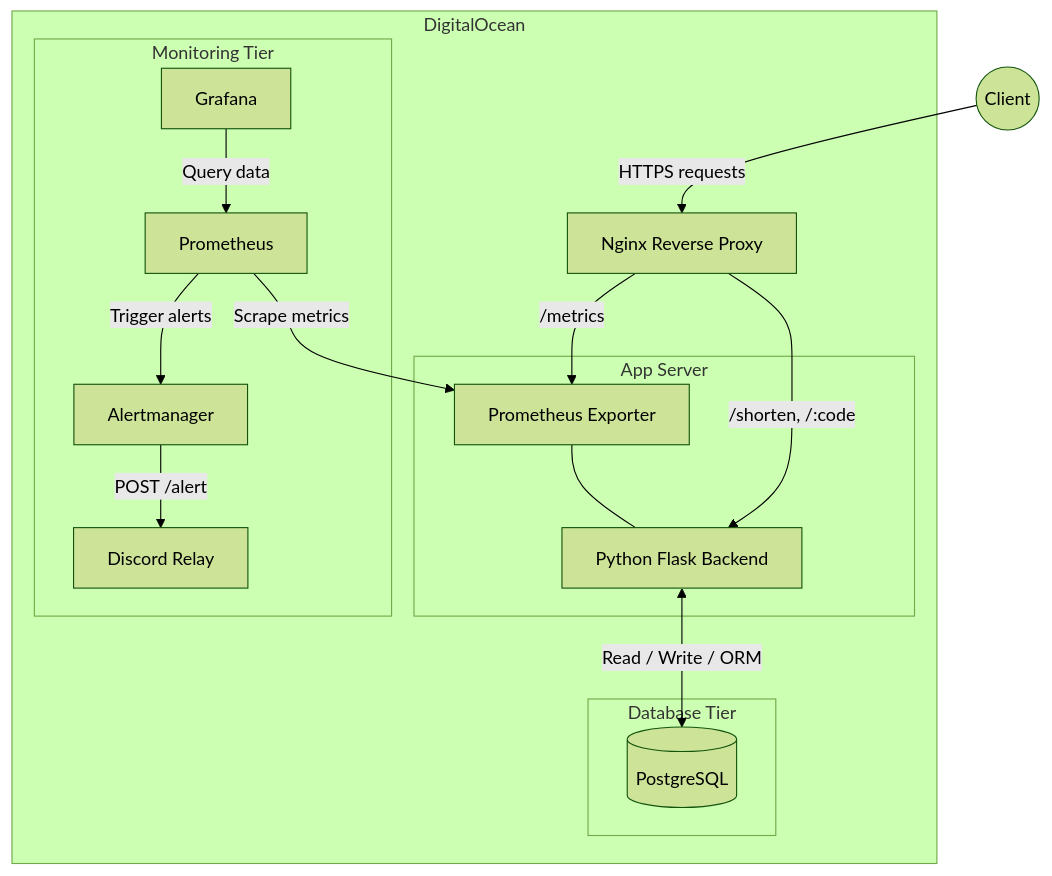
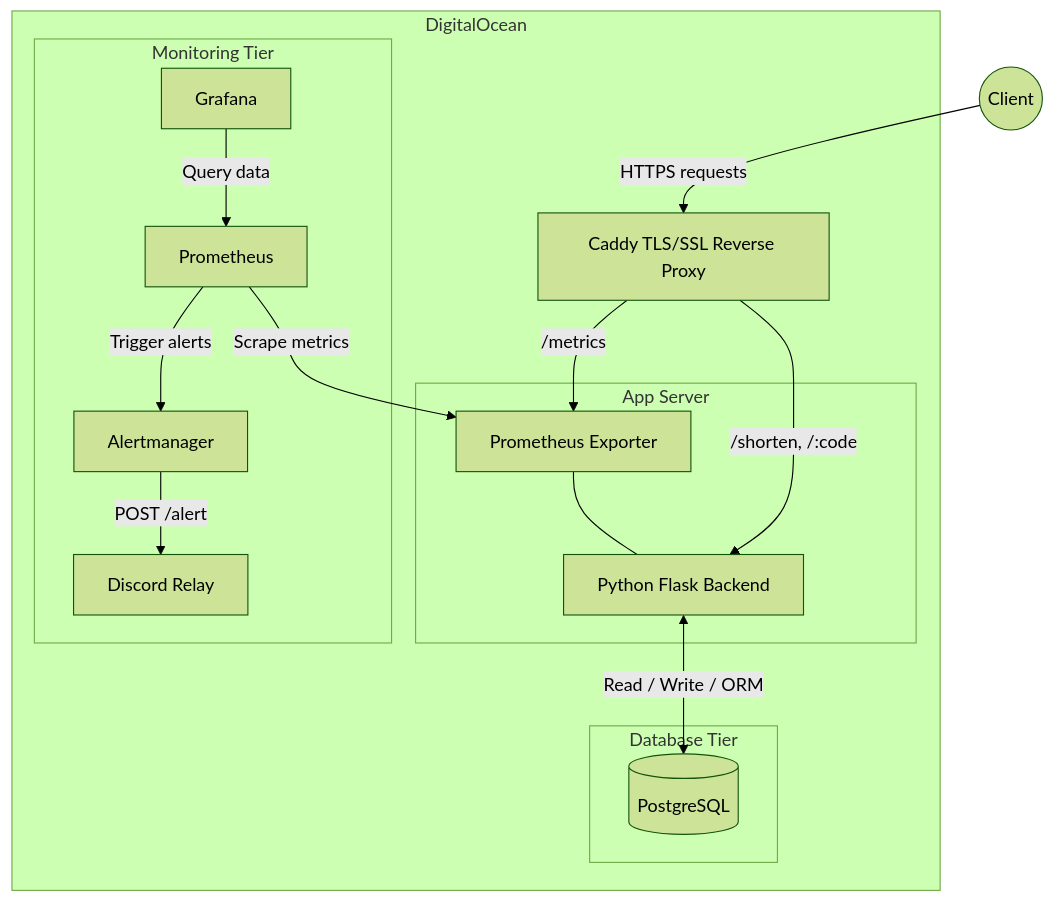
Before and after one commit to Shreyp087/PE-Hackathon-Template-2026: the diagram in docs/ARCHITECTURE.md, drawn with Mermaid (forest theme). The commit also changed other lines of this file and 2 other files, not shown here.

Commit message:
docs: Rebrand to Link-Shrink and document Caddy HTTPS integration

````diff
--- a/docs/ARCHITECTURE.md
+++ b/docs/ARCHITECTURE.md
@@ -7,36 +7,36 @@
 ```mermaid
 flowchart TD
     Client((Client))
     
     subgraph DigitalOcean
-        Proxy[Nginx Reverse Proxy]
+        Proxy[Caddy TLS/SSL Reverse Proxy]
         
         subgraph App Server
             App[Python Flask Backend]
             Metrics[Prometheus Exporter]
         end
         
         subgraph Database Tier
             DB[(PostgreSQL)]
         end
         
         subgraph Monitoring Tier
             Prometheus[Prometheus]
             Grafana[Grafana]
             Alertmanager[Alertmanager]
             Relay[Discord Relay]
         end
     end
 
     Client -->|HTTPS requests| Proxy
     Proxy -->|/shorten, /:code| App
     Proxy -->|/metrics| Metrics
     
     App <-->|Read / Write / ORM| DB
     
     Metrics --- App
     Prometheus -->|Scrape metrics| Metrics
     Grafana -->|Query data| Prometheus
     Prometheus -->|Trigger alerts| Alertmanager
     Alertmanager -->|POST /alert| Relay
 ```
````
